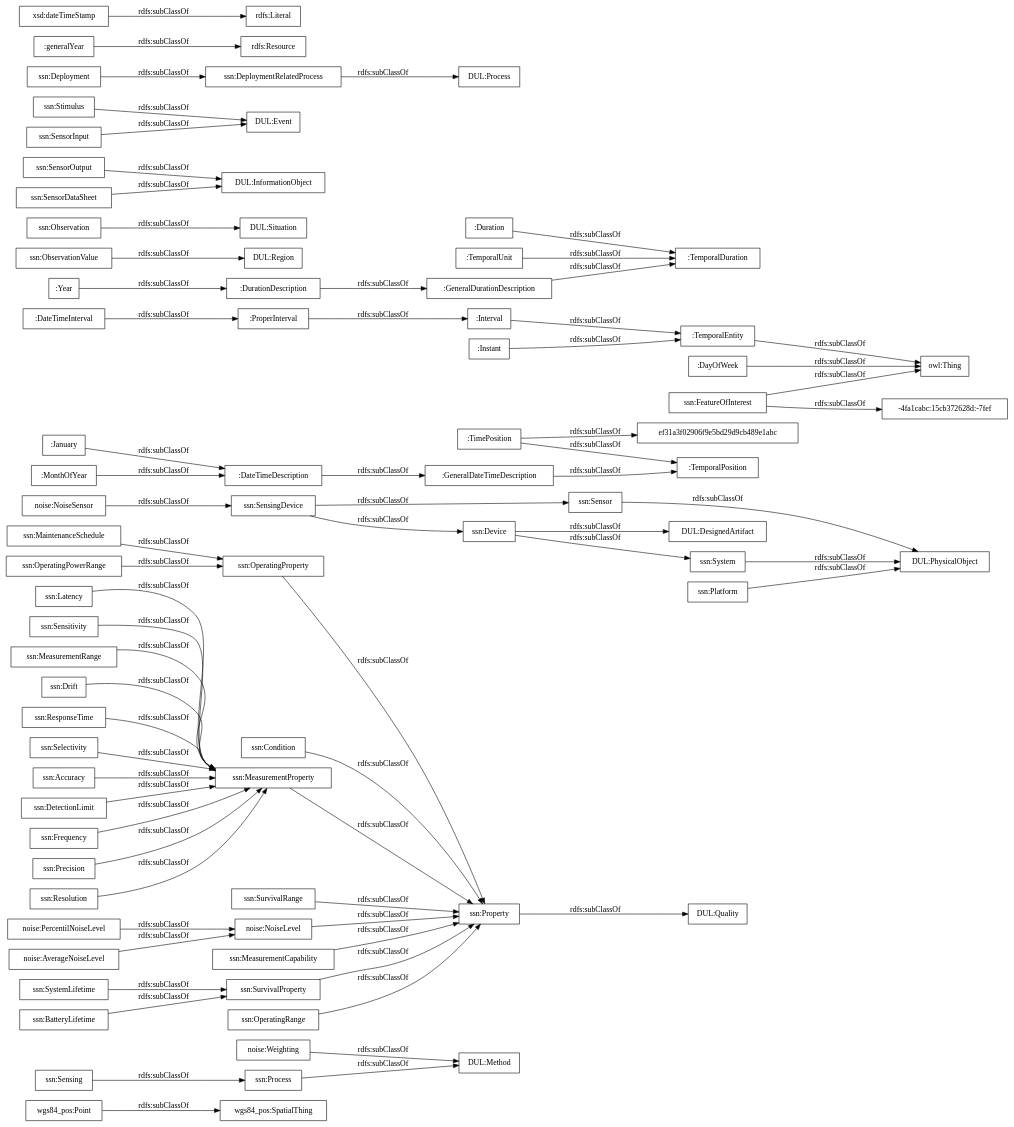
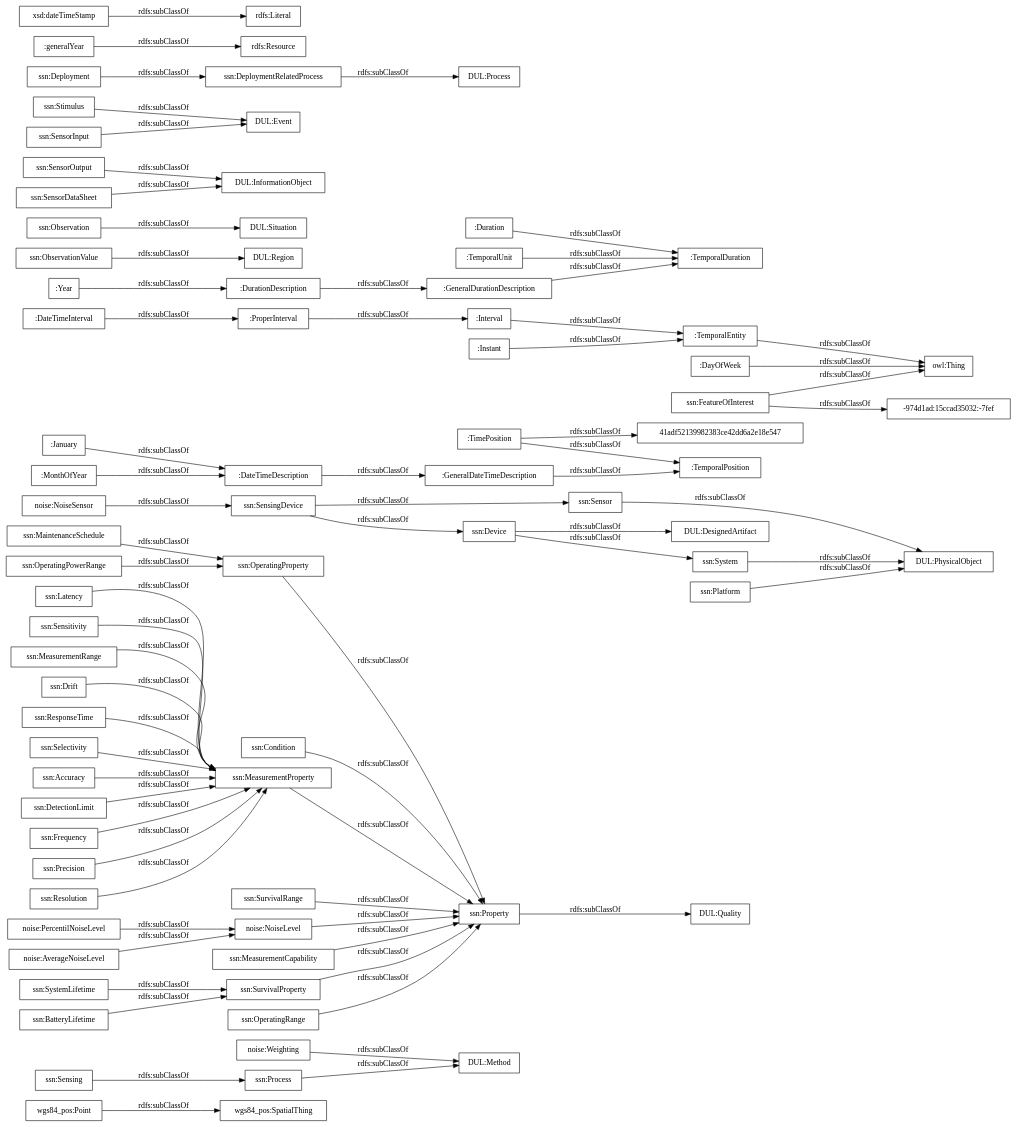
One commit to paoespinozarias/ContaminacionAcustica-Ontology changed the diagram in OnToology/contaminacion-acustica.owl/diagrams/ar2dtool-taxonomy/contaminacion-acustica.owl.png.dot. Above: the diagram before and after it, drawn with Graphviz. The commit also changed 6 other files, not shown here.

```diff
--- a/OnToology/contaminacion-acustica.owl/diagrams/ar2dtool-taxonomy/contaminacion-acustica.owl.png.dot
+++ b/OnToology/contaminacion-acustica.owl/diagrams/ar2dtool-taxonomy/contaminacion-acustica.owl.png.dot
@@ -1,73 +1,73 @@
 digraph ar2dtool_diagram { 
 rankdir=LR;
 size="1000"
-node [shape = rectangle, color="black"]; "wgs84_pos:SpatialThing" "wgs84_pos:Point" "noise:Weighting" "noise:PercentilNoiseLevel" "noise:NoiseSensor" "noise:NoiseLevel" "noise:AverageNoiseLevel" ":GeneralDateTimeDescription" ":DateTimeInterval" ":DurationDescription" ":TemporalDuration" ":Duration" ":GeneralDurationDescription" ":January" ":ProperInterval" ":TimePosition" ":TemporalPosition" ":Interval" "ef31a3f02906f9e5bd29d9cb489e1abc" ":TemporalEntity" ":Year" ":MonthOfYear" ":DateTimeDescription" ":TemporalUnit" ":Instant" ":DayOfWeek" "ssn:Accuracy" "ssn:DetectionLimit" "ssn:Frequency" "ssn:Condition" "DUL:Region" "DUL:Situation" "DUL:PhysicalObject" "ssn:SensorOutput" "ssn:Precision" "ssn:Resolution" "DUL:Quality" "ssn:FeatureOfInterest" "ssn:Sensor" "DUL:InformationObject" "ssn:OperatingProperty" "DUL:Event" "ssn:OperatingPowerRange" "DUL:Method" "ssn:MaintenanceSchedule" "ssn:Sensing" "ssn:Latency" "ssn:SurvivalRange" "ssn:SensingDevice" "DUL:DesignedArtifact" "ssn:Sensitivity" "ssn:Stimulus" "DUL:Process" "ssn:MeasurementRange" "ssn:System" "ssn:SystemLifetime" "-4fa1cabc:15cb372628d:-7fef" "ssn:Property" "ssn:MeasurementProperty" "ssn:Process" "ssn:Deployment" "ssn:MeasurementCapability" "ssn:BatteryLifetime" "ssn:Drift" "ssn:DeploymentRelatedProcess" "ssn:SensorInput" "ssn:ResponseTime" "ssn:ObservationValue" "ssn:SensorDataSheet" "ssn:Observation" "ssn:Selectivity" "ssn:SurvivalProperty" "ssn:Device" "ssn:OperatingRange" "ssn:Platform" ; /*classes style*/
+node [shape = rectangle, color="black"]; "wgs84_pos:SpatialThing" "wgs84_pos:Point" "noise:Weighting" "noise:PercentilNoiseLevel" "noise:NoiseSensor" "noise:NoiseLevel" "noise:AverageNoiseLevel" ":GeneralDateTimeDescription" ":DateTimeInterval" ":DurationDescription" ":TemporalDuration" ":Duration" ":GeneralDurationDescription" ":January" ":ProperInterval" ":TimePosition" "41adf52139982383ce42dd6a2e18e547" ":TemporalPosition" ":Interval" ":TemporalEntity" ":Year" ":MonthOfYear" ":DateTimeDescription" ":TemporalUnit" ":Instant" ":DayOfWeek" "ssn:Accuracy" "ssn:DetectionLimit" "ssn:Frequency" "ssn:Condition" "DUL:Region" "DUL:Situation" "DUL:PhysicalObject" "ssn:SensorOutput" "ssn:Precision" "ssn:Resolution" "DUL:Quality" "ssn:FeatureOfInterest" "-974d1ad:15ccad35032:-7fef" "ssn:Sensor" "DUL:InformationObject" "ssn:OperatingProperty" "DUL:Event" "ssn:OperatingPowerRange" "DUL:Method" "ssn:MaintenanceSchedule" "ssn:Sensing" "ssn:Latency" "ssn:SurvivalRange" "ssn:SensingDevice" "DUL:DesignedArtifact" "ssn:Sensitivity" "ssn:Stimulus" "DUL:Process" "ssn:MeasurementRange" "ssn:System" "ssn:SystemLifetime" "ssn:Property" "ssn:MeasurementProperty" "ssn:Process" "ssn:Deployment" "ssn:MeasurementCapability" "ssn:BatteryLifetime" "ssn:Drift" "ssn:DeploymentRelatedProcess" "ssn:SensorInput" "ssn:ResponseTime" "ssn:ObservationValue" "ssn:SensorDataSheet" "ssn:Observation" "ssn:Selectivity" "ssn:SurvivalProperty" "ssn:Device" "ssn:OperatingRange" "ssn:Platform" ; /*classes style*/
 	":DateTimeDescription" -> ":GeneralDateTimeDescription" [ label = "rdfs:subClassOf" ];
 	"noise:AverageNoiseLevel" -> "noise:NoiseLevel" [ label = "rdfs:subClassOf" ];
 	"ssn:Deployment" -> "ssn:DeploymentRelatedProcess" [ label = "rdfs:subClassOf" ];
 	"ssn:SensingDevice" -> "ssn:Sensor" [ label = "rdfs:subClassOf" ];
 	"ssn:SensingDevice" -> "ssn:Device" [ label = "rdfs:subClassOf" ];
 	"ssn:DeploymentRelatedProcess" -> "DUL:Process" [ label = "rdfs:subClassOf" ];
 	"ssn:Accuracy" -> "ssn:MeasurementProperty" [ label = "rdfs:subClassOf" ];
 	":Instant" -> ":TemporalEntity" [ label = "rdfs:subClassOf" ];
 	"ssn:FeatureOfInterest" -> "owl:Thing" [ label = "rdfs:subClassOf" ];
-	"ssn:FeatureOfInterest" -> "-4fa1cabc:15cb372628d:-7fef" [ label = "rdfs:subClassOf" ];
+	"ssn:FeatureOfInterest" -> "-974d1ad:15ccad35032:-7fef" [ label = "rdfs:subClassOf" ];
 	"ssn:Latency" -> "ssn:MeasurementProperty" [ label = "rdfs:subClassOf" ];
 	"ssn:Process" -> "DUL:Method" [ label = "rdfs:subClassOf" ];
 	"noise:Weighting" -> "DUL:Method" [ label = "rdfs:subClassOf" ];
 	":ProperInterval" -> ":Interval" [ label = "rdfs:subClassOf" ];
 	"ssn:Property" -> "DUL:Quality" [ label = "rdfs:subClassOf" ];
 	"ssn:MeasurementProperty" -> "ssn:Property" [ label = "rdfs:subClassOf" ];
 	"wgs84_pos:Point" -> "wgs84_pos:SpatialThing" [ label = "rdfs:subClassOf" ];
 	":MonthOfYear" -> ":DateTimeDescription" [ label = "rdfs:subClassOf" ];
 	"ssn:ResponseTime" -> "ssn:MeasurementProperty" [ label = "rdfs:subClassOf" ];
 	"ssn:OperatingRange" -> "ssn:Property" [ label = "rdfs:subClassOf" ];
 	"noise:NoiseLevel" -> "ssn:Property" [ label = "rdfs:subClassOf" ];
 	"ssn:MeasurementRange" -> "ssn:MeasurementProperty" [ label = "rdfs:subClassOf" ];
 	"ssn:Stimulus" -> "DUL:Event" [ label = "rdfs:subClassOf" ];
 	":Duration" -> ":TemporalDuration" [ label = "rdfs:subClassOf" ];
 	"ssn:SurvivalProperty" -> "ssn:Property" [ label = "rdfs:subClassOf" ];
 	"ssn:MaintenanceSchedule" -> "ssn:OperatingProperty" [ label = "rdfs:subClassOf" ];
 	"ssn:SensorInput" -> "DUL:Event" [ label = "rdfs:subClassOf" ];
-	":TimePosition" -> "ef31a3f02906f9e5bd29d9cb489e1abc" [ label = "rdfs:subClassOf" ];
+	":TimePosition" -> "41adf52139982383ce42dd6a2e18e547" [ label = "rdfs:subClassOf" ];
 	":TimePosition" -> ":TemporalPosition" [ label = "rdfs:subClassOf" ];
 	":TemporalEntity" -> "owl:Thing" [ label = "rdfs:subClassOf" ];
 	"ssn:Sensitivity" -> "ssn:MeasurementProperty" [ label = "rdfs:subClassOf" ];
 	"ssn:Drift" -> "ssn:MeasurementProperty" [ label = "rdfs:subClassOf" ];
 	"ssn:System" -> "DUL:PhysicalObject" [ label = "rdfs:subClassOf" ];
 	":GeneralDurationDescription" -> ":TemporalDuration" [ label = "rdfs:subClassOf" ];
 	"ssn:Resolution" -> "ssn:MeasurementProperty" [ label = "rdfs:subClassOf" ];
 	"ssn:Precision" -> "ssn:MeasurementProperty" [ label = "rdfs:subClassOf" ];
 	"noise:PercentilNoiseLevel" -> "noise:NoiseLevel" [ label = "rdfs:subClassOf" ];
 	"ssn:DetectionLimit" -> "ssn:MeasurementProperty" [ label = "rdfs:subClassOf" ];
 	":DateTimeInterval" -> ":ProperInterval" [ label = "rdfs:subClassOf" ];
 	"ssn:Sensor" -> "DUL:PhysicalObject" [ label = "rdfs:subClassOf" ];
 	"ssn:SensorDataSheet" -> "DUL:InformationObject" [ label = "rdfs:subClassOf" ];
 	"ssn:OperatingPowerRange" -> "ssn:OperatingProperty" [ label = "rdfs:subClassOf" ];
 	"noise:NoiseSensor" -> "ssn:SensingDevice" [ label = "rdfs:subClassOf" ];
 	":Interval" -> ":TemporalEntity" [ label = "rdfs:subClassOf" ];
 	":GeneralDateTimeDescription" -> ":TemporalPosition" [ label = "rdfs:subClassOf" ];
 	":January" -> ":DateTimeDescription" [ label = "rdfs:subClassOf" ];
 	"ssn:ObservationValue" -> "DUL:Region" [ label = "rdfs:subClassOf" ];
 	":DayOfWeek" -> "owl:Thing" [ label = "rdfs:subClassOf" ];
 	"ssn:Device" -> "DUL:DesignedArtifact" [ label = "rdfs:subClassOf" ];
 	"ssn:Device" -> "ssn:System" [ label = "rdfs:subClassOf" ];
 	"ssn:Platform" -> "DUL:PhysicalObject" [ label = "rdfs:subClassOf" ];
 	":Year" -> ":DurationDescription" [ label = "rdfs:subClassOf" ];
 	":DurationDescription" -> ":GeneralDurationDescription" [ label = "rdfs:subClassOf" ];
 	"ssn:OperatingProperty" -> "ssn:Property" [ label = "rdfs:subClassOf" ];
 	":generalYear" -> "rdfs:Resource" [ label = "rdfs:subClassOf" ];
 	"ssn:Selectivity" -> "ssn:MeasurementProperty" [ label = "rdfs:subClassOf" ];
 	"ssn:BatteryLifetime" -> "ssn:SurvivalProperty" [ label = "rdfs:subClassOf" ];
 	":TemporalUnit" -> ":TemporalDuration" [ label = "rdfs:subClassOf" ];
 	"ssn:Observation" -> "DUL:Situation" [ label = "rdfs:subClassOf" ];
 	"ssn:Sensing" -> "ssn:Process" [ label = "rdfs:subClassOf" ];
 	"ssn:SystemLifetime" -> "ssn:SurvivalProperty" [ label = "rdfs:subClassOf" ];
 	"ssn:SurvivalRange" -> "ssn:Property" [ label = "rdfs:subClassOf" ];
 	"ssn:Frequency" -> "ssn:MeasurementProperty" [ label = "rdfs:subClassOf" ];
 	"ssn:SensorOutput" -> "DUL:InformationObject" [ label = "rdfs:subClassOf" ];
 	"ssn:Condition" -> "ssn:Property" [ label = "rdfs:subClassOf" ];
 	"xsd:dateTimeStamp" -> "rdfs:Literal" [ label = "rdfs:subClassOf" ];
 	"ssn:MeasurementCapability" -> "ssn:Property" [ label = "rdfs:subClassOf" ];
 
 }
```
